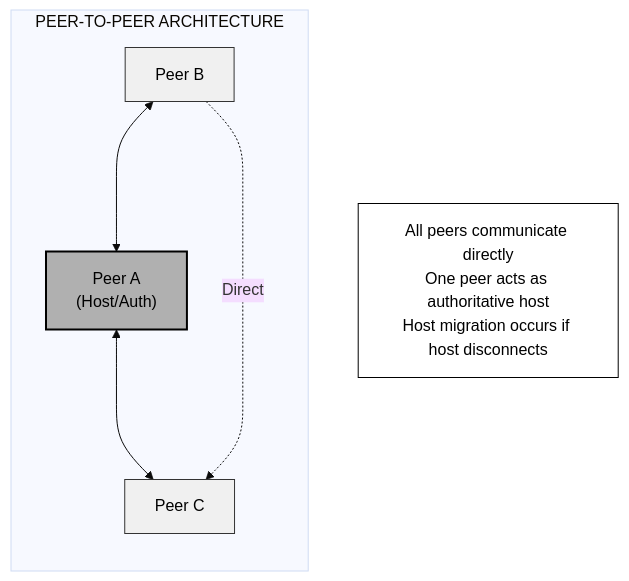
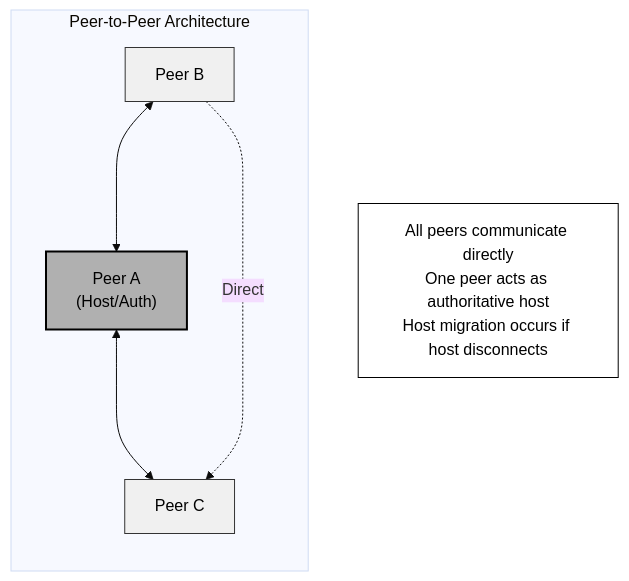
The third of 7 diagrams in chapter_15_multiplayer.md (jukofyork/close-combat-architecture-study), drawn with Mermaid (base theme) before and after one commit. The commit also changed other lines of this file and 5 other files, not shown here.

````diff
--- a/chapter_15_multiplayer.md
+++ b/chapter_15_multiplayer.md
@@ -474,24 +474,24 @@
 ```mermaid
 flowchart TB
     classDef default fill:#fff,stroke:#000,stroke-width:1px,color:#000
     classDef light fill:#f0f0f0,stroke:#333,stroke-width:1px,color:#000
     classDef medium fill:#d0d0d0,stroke:#333,stroke-width:1px,color:#000
     classDef dark fill:#b0b0b0,stroke:#000,stroke-width:2px,color:#000
 
-    subgraph P2P["PEER-TO-PEER ARCHITECTURE"]
+    subgraph P2P["Peer-to-Peer Architecture"]
         direction TB
 
         PeerA["Peer A\n(Host/Auth)"]
         PeerB["Peer B"]
         PeerC["Peer C"]
 
         PeerB <---> PeerA
         PeerA <---> PeerC
         PeerB -.->|"Direct"| PeerC
     end
 
     Note["All peers communicate directly\nOne peer acts as authoritative host\nHost migration occurs if host disconnects"]
 
     class PeerA dark
     class PeerB,PeerC light
 ```
````
